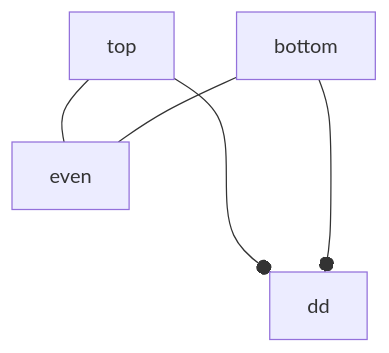
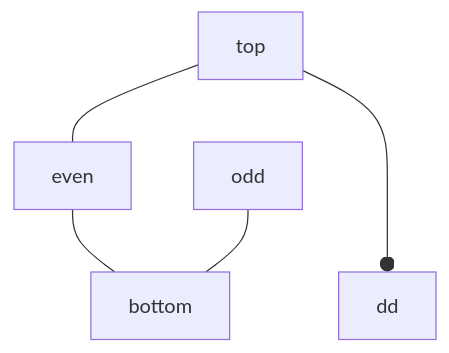
Before and after one commit to FZhg/cfg-parity-analysis: the diagram in README.md, drawn with Mermaid.

Commit message:
check diagram generator

````diff
--- a/README.md
+++ b/README.md
@@ -11,7 +11,7 @@
 ```mermaid
   graph TB;
   top---even;
   top---odd;
-  bottom---even;
-  bottom---odd;
+  even---bottom;
+  odd---bottom;
 ```
````
